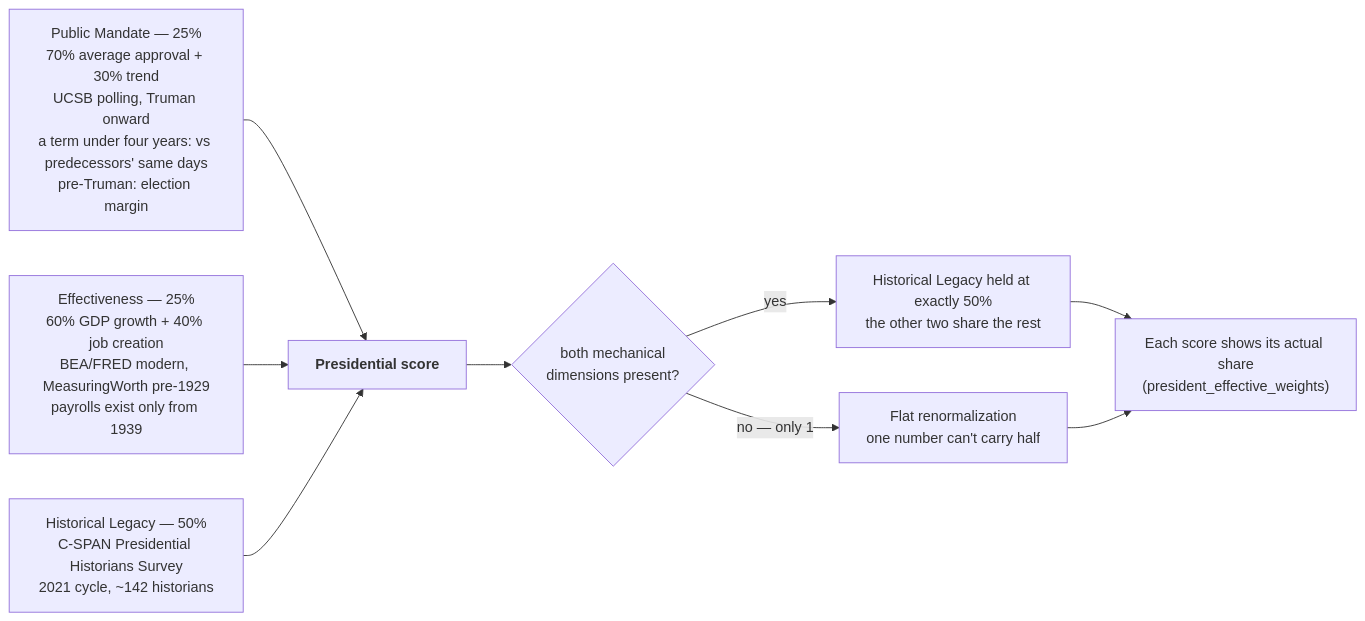
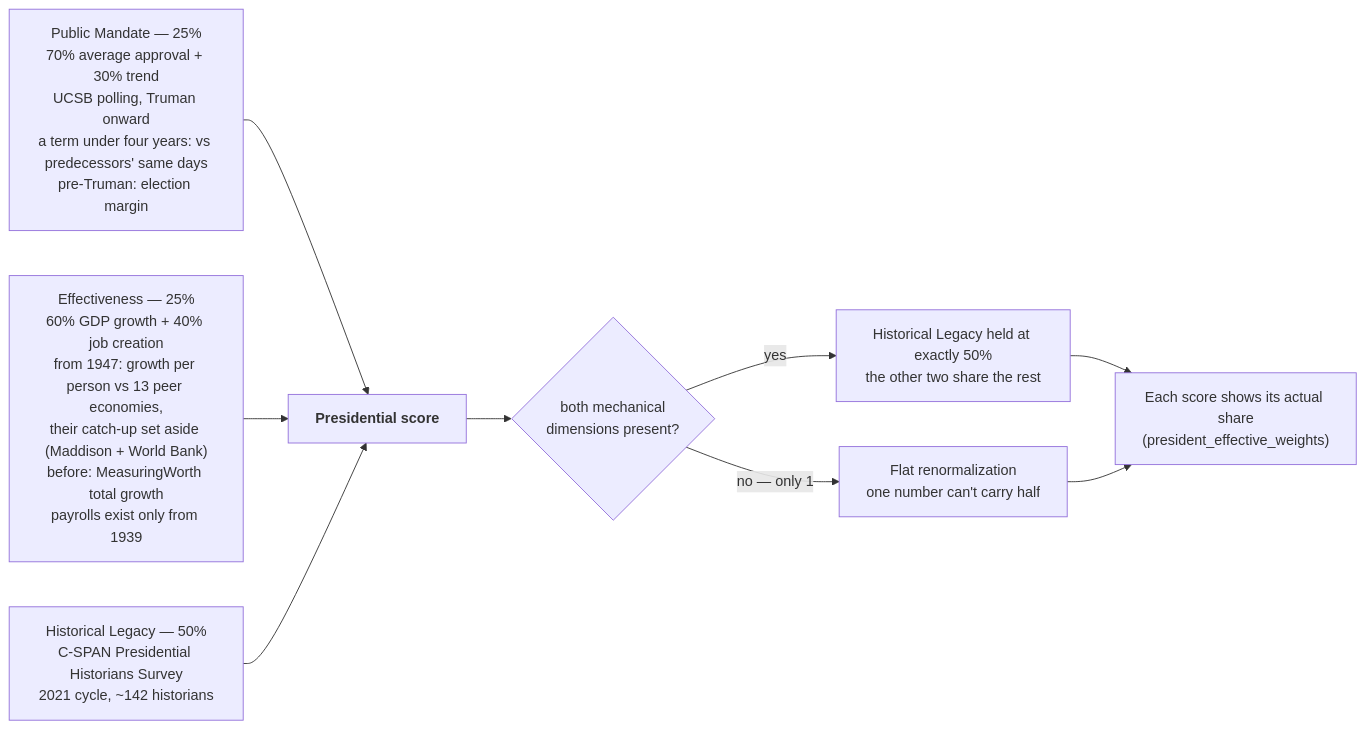
The second of 3 diagrams in docs/diagrams/05-scoring.md (kamoras/civitas), drawn with Mermaid before and after one commit. The commit also changed 25 other files, not shown here.

Commit message:
President v8: postwar GDP growth relative to 13 peer economies, catch-up set aside

````diff
--- a/docs/diagrams/05-scoring.md
+++ b/docs/diagrams/05-scoring.md
@@ -73,16 +73,16 @@
 ```mermaid
 flowchart LR
     PM["Public Mandate — 25%<br/>70% average approval + 30% trend<br/>UCSB polling, Truman onward<br/>a term under four years: vs predecessors' same days<br/>pre-Truman: election margin"]
-    EFF["Effectiveness — 25%<br/>60% GDP growth + 40% job creation<br/>BEA/FRED modern, MeasuringWorth pre-1929<br/>payrolls exist only from 1939"]
+    EFF["Effectiveness — 25%<br/>60% GDP growth + 40% job creation<br/>from 1947: growth per person vs 13 peer economies,<br/>their catch-up set aside (Maddison + World Bank)<br/>before: MeasuringWorth total growth<br/>payrolls exist only from 1939"]
     HL["Historical Legacy — 50%<br/>C-SPAN Presidential Historians Survey<br/>2021 cycle, ~142 historians"]
 
     PM --> OVR["<b>Presidential score</b>"]
     EFF --> OVR
     HL --> OVR
 
     OVR --> RENORM{"both mechanical<br/>dimensions present?"}
     RENORM -->|yes| HOLD["Historical Legacy held at exactly 50%<br/>the other two share the rest"]
     RENORM -->|"no — only 1"| FLAT["Flat renormalization<br/>one number can't carry half"]
     HOLD --> SHOWN["Each score shows its actual share<br/>(president_effective_weights)"]
     FLAT --> SHOWN
 ```
````
